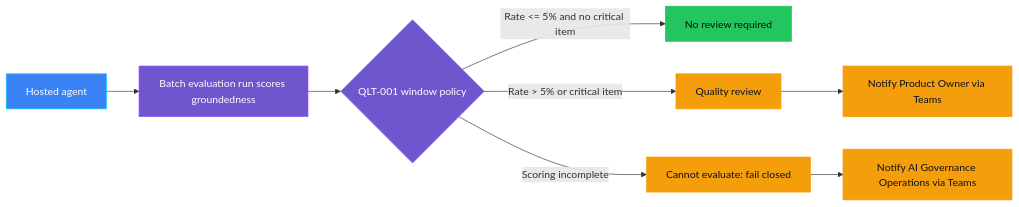
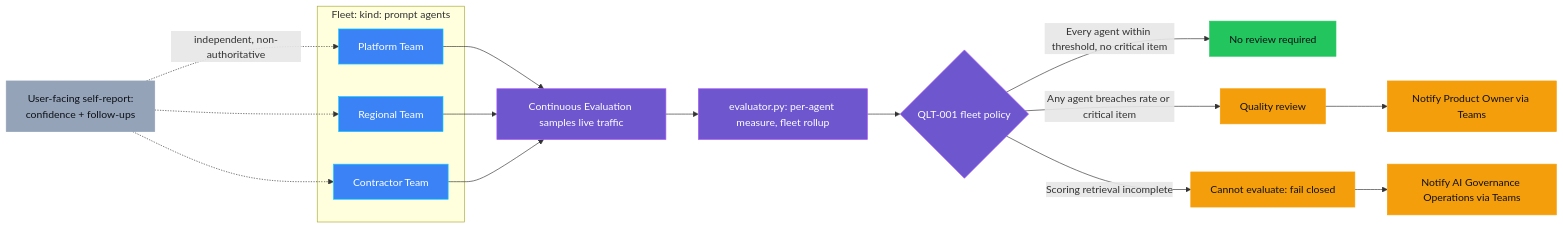
Before and after one commit to doruit/forged-with-foundry: the diagram in controls/grounding_and_quality/QLT-001_hallucination_rate_high/README.md, drawn with Mermaid. The commit also changed other lines of this file and 20 other files, not shown here.

First line of the commit message:
Enhance grounding and quality control for hallucination rate evaluation

````diff
--- a/controls/grounding_and_quality/QLT-001_hallucination_rate_high/README.md
+++ b/controls/grounding_and_quality/QLT-001_hallucination_rate_high/README.md
@@ -176,19 +225,33 @@
 ```mermaid
 flowchart LR
-    I[Hosted agent] --> D[Batch evaluation run scores groundedness]
-    D --> P{QLT-001 window policy}
-    P -->|Rate <= 5% and no critical item| A[No review required]
-    P -->|Rate > 5% or critical item| G[Quality review]
-    P -->|Scoring incomplete| B[Cannot evaluate: fail closed]
+    subgraph Fleet["Fleet: kind: prompt agents"]
+        F1[Platform Team]
+        F2[Regional Team]
+        F3[Contractor Team]
+    end
+    F1 --> C[Continuous Evaluation samples live traffic]
+    F2 --> C
+    F3 --> C
+    C --> R[evaluator.py: per-agent measure, fleet rollup]
+    R --> P{QLT-001 fleet policy}
+    P -->|Every agent within threshold, no critical item| A[No review required]
+    P -->|Any agent breaches rate or critical item| G[Quality review]
+    P -->|Scoring retrieval incomplete| B[Cannot evaluate: fail closed]
     G --> O[Notify Product Owner via Teams]
     B --> N[Notify AI Governance Operations via Teams]
+
+    U[User-facing self-report:<br/>confidence + follow-ups] -.->|independent, non-authoritative| F1
+    U -.-> F2
+    U -.-> F3
 
     classDef governance fill:#6E56CF,stroke:#A855F7,color:#FFFFFF
     classDef platform fill:#3B82F6,stroke:#00D4FF,color:#FFFFFF
     classDef success fill:#22C55E,stroke:#22C55E,color:#0D1117
     classDef attention fill:#F59E0B,stroke:#F59E0B,color:#0D1117
-    class D,P governance
-    class I platform
+    classDef nudge fill:#94A3B8,stroke:#94A3B8,color:#0D1117
+    class C,R,P governance
+    class F1,F2,F3 platform
     class A success
     class G,B,O,N attention
+    class U nudge
 ```
````
